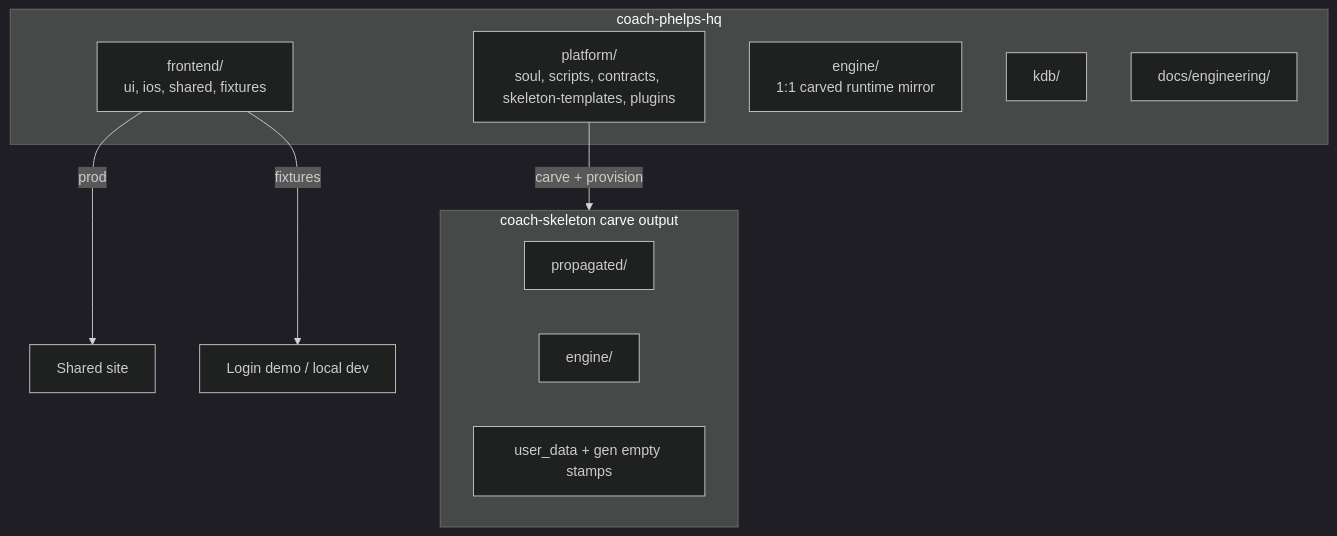
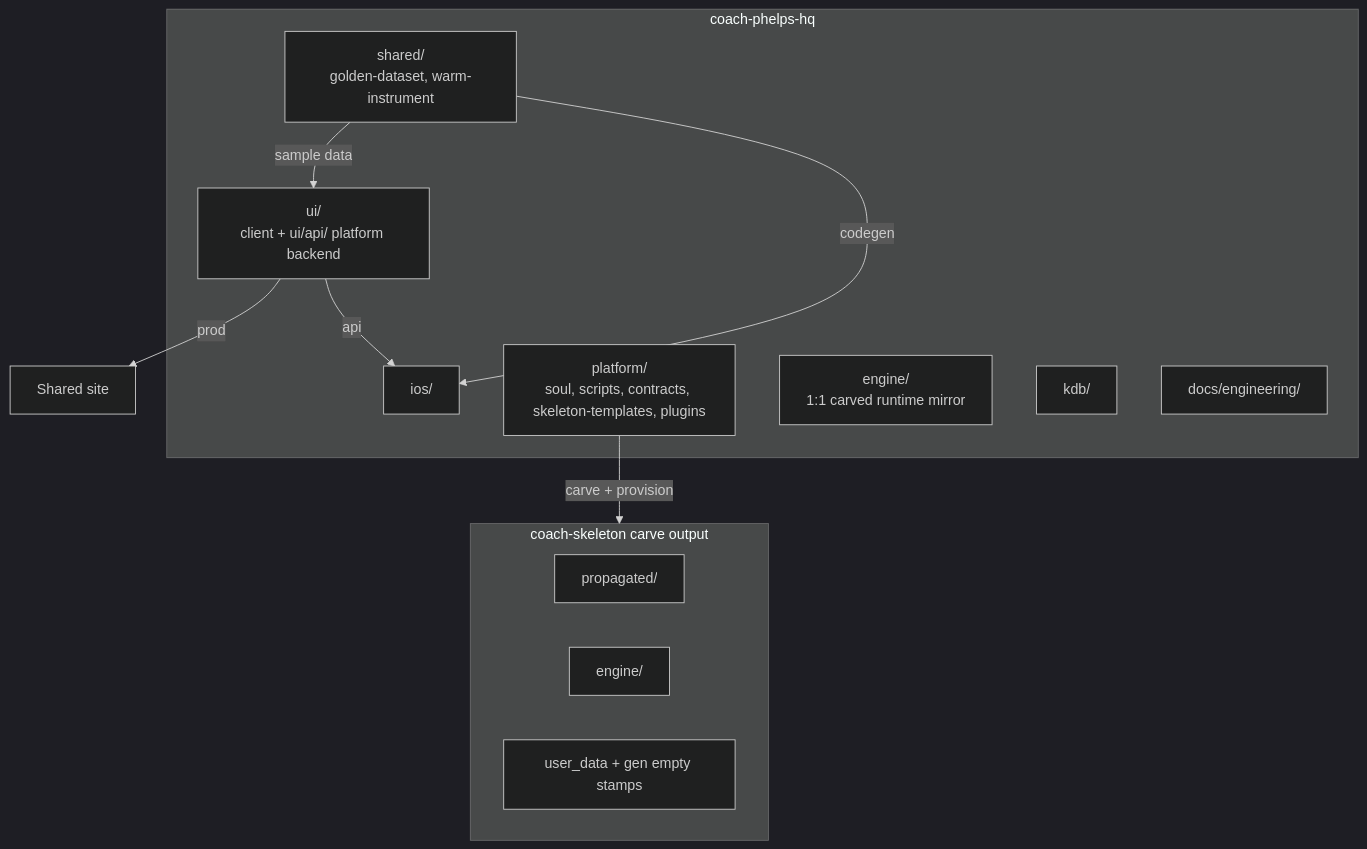
The second of 3 diagrams in docs/hq-restructure-plan.md (sibling-shipyard/coach-hq), drawn with Mermaid (dark theme) before and after one commit. The commit also changed other lines of this file and 1 other file, not shown here.

````diff
--- a/docs/hq-restructure-plan.md
+++ b/docs/hq-restructure-plan.md
@@ -50,18 +57,22 @@
 ```mermaid
 flowchart TB
   subgraph hq["coach-phelps-hq"]
-    fe["frontend/<br/>ui, ios, shared, fixtures"]
+    shared["shared/<br/>golden-dataset, warm-instrument"]
+    ui["ui/<br/>client + ui/api/ platform backend"]
+    ios["ios/"]
     plat["platform/<br/>soul, scripts, contracts, skeleton-templates, plugins"]
     eng["engine/<br/>1:1 carved runtime mirror"]
     kdb["kdb/"]
     docs["docs/engineering/"]
   end
   subgraph skel["coach-skeleton carve output"]
     prop["propagated/"]
     eng2["engine/"]
     init["user_data + gen empty stamps"]
   end
   plat -->|carve + provision| skel
-  fe -->|prod| site["Shared site"]
-  fe -->|fixtures| demo["Login demo / local dev"]
+  ui -->|prod| site["Shared site"]
+  ui -->|api| ios
+  shared -->|sample data| ui
+  shared -->|codegen| ios
 ```
````
